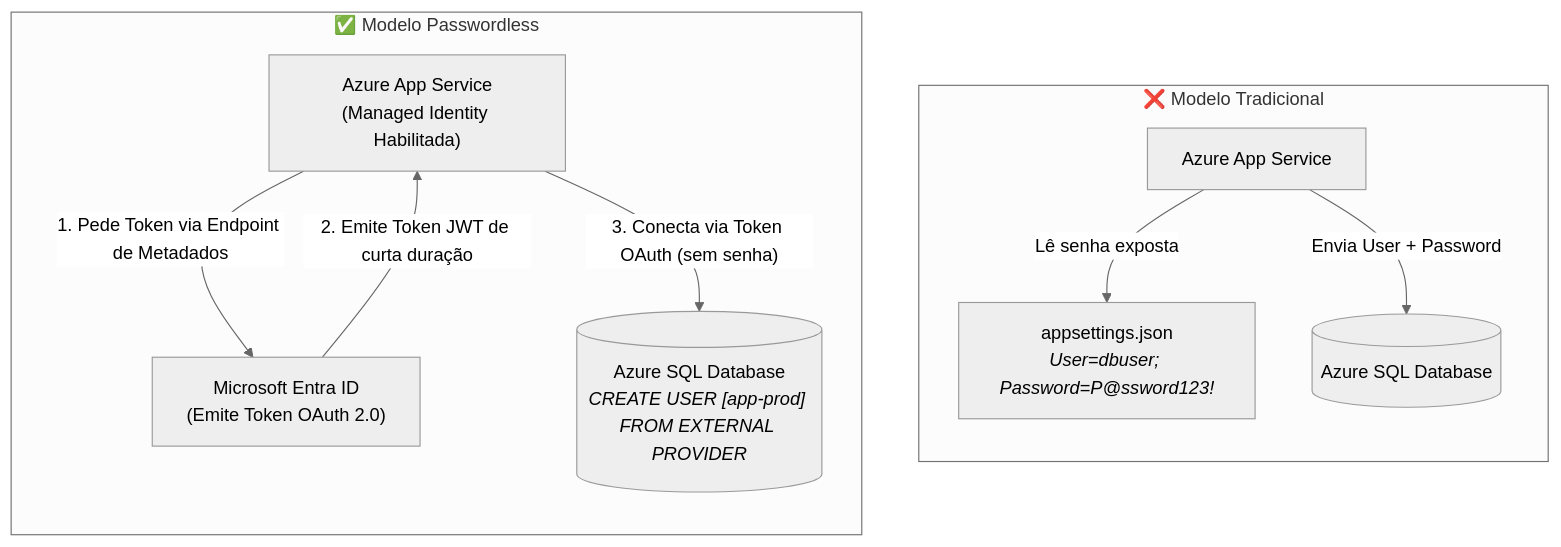
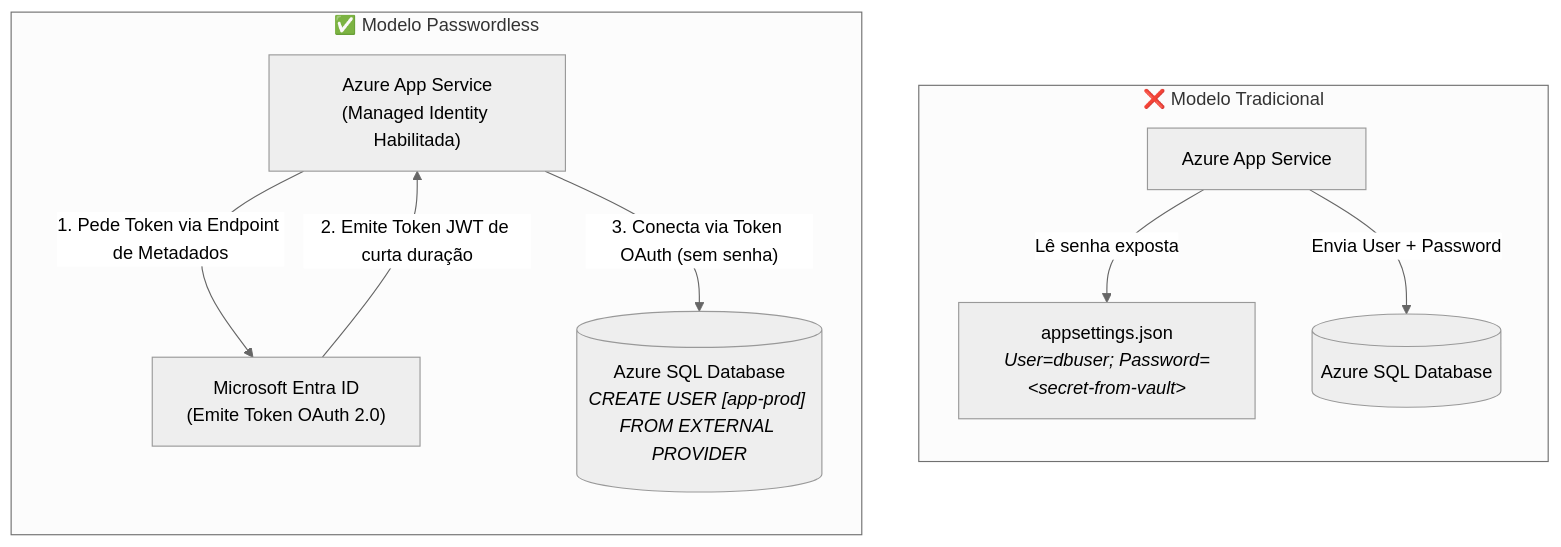
One commit to jucelinoss/dp-800-study-guide changed the first of 2 diagrams in i18n/pt-BR/certification/05-data-security-compliance/03-permissions-access.md. Above: the diagram before and after it, drawn with Mermaid (neutral theme). The commit also changed other lines of this file and 15 other files, not shown here.

````diff
--- a/i18n/pt-BR/certification/05-data-security-compliance/03-permissions-access.md
+++ b/i18n/pt-BR/certification/05-data-security-compliance/03-permissions-access.md
@@ -171,21 +171,21 @@
 ```mermaid
 flowchart TD
     subgraph TRAD["❌ Modelo Tradicional"]
         direction TB
         App1["Azure App Service"]
-        Conf["appsettings.json<br/><i>User=dbuser; Password=P@ssword123!</i>"]
+        Conf["appsettings.json<br/><i>User=dbuser; Password=&lt;secret-from-vault&gt;</i>"]
         DB1[("Azure SQL Database")]
         App1 -->|"Lê senha exposta"| Conf
         App1 -->|"Envia User + Password"| DB1
     end
 
     subgraph MI["✅ Modelo Passwordless"]
         direction TB
         App2["Azure App Service<br/>(Managed Identity Habilitada)"]
         Entra["Microsoft Entra ID<br/>(Emite Token OAuth 2.0)"]
         DB2[("Azure SQL Database<br/><i>CREATE USER [app-prod] FROM EXTERNAL PROVIDER</i>")]
         App2 -->|"1. Pede Token via Endpoint de Metadados"| Entra
         Entra -->|"2. Emite Token JWT de curta duração"| App2
         App2 -->|"3. Conecta via Token OAuth (sem senha)"| DB2
     end
 ```
````
